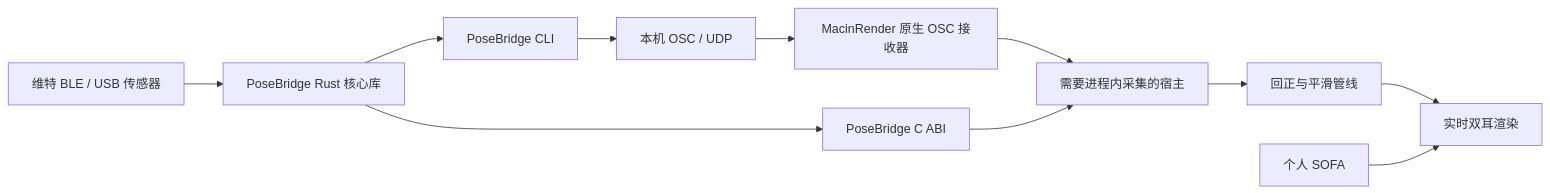
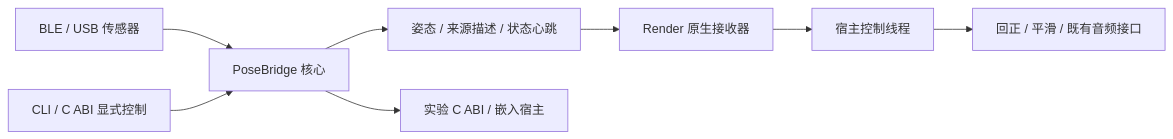
The diagram in docs/architecture/HEAD_TRACKING_OSC.md (SakuzyPeng/MacinRender-ADM-Core), drawn with Mermaid before and after one commit. The commit also changed other lines of this file and 14 other files, not shown here.

Commit message:
feat: unify PoseBridge receiver identity telemetry and snapshots

````diff
--- a/docs/architecture/HEAD_TRACKING_OSC.md
+++ b/docs/architecture/HEAD_TRACKING_OSC.md
@@ -42,13 +12,10 @@
 ```mermaid
 flowchart LR
-    device[维特 BLE / USB 传感器] --> core[PoseBridge Rust 核心库]
-    core --> cli[PoseBridge CLI]
-    cli --> osc[本机 OSC / UDP]
-    osc --> source[MacinRender 原生 OSC 接收器]
-    source --> host[宿主轮询 / 后续 GUI 来源适配]
-    host --> manager[回正与平滑管线]
-    manager --> renderer[实时双耳渲染]
-    sofa[个人 SOFA] --> renderer
-    core --> abi[PoseBridge C ABI]
-    abi --> host[需要进程内采集的宿主]
+    device[BLE / USB 传感器] --> bridge[PoseBridge 核心]
+    bridge --> osc[姿态 / 来源描述 / 状态心跳]
+    osc --> receiver[Render 原生接收器]
+    receiver --> host[宿主控制线程]
+    host --> render[回正 / 平滑 / 既有音频接口]
+    bridge --> capi[实验 C ABI / 嵌入宿主]
+    cli[CLI / C ABI 显式控制] --> bridge
 ```
````
